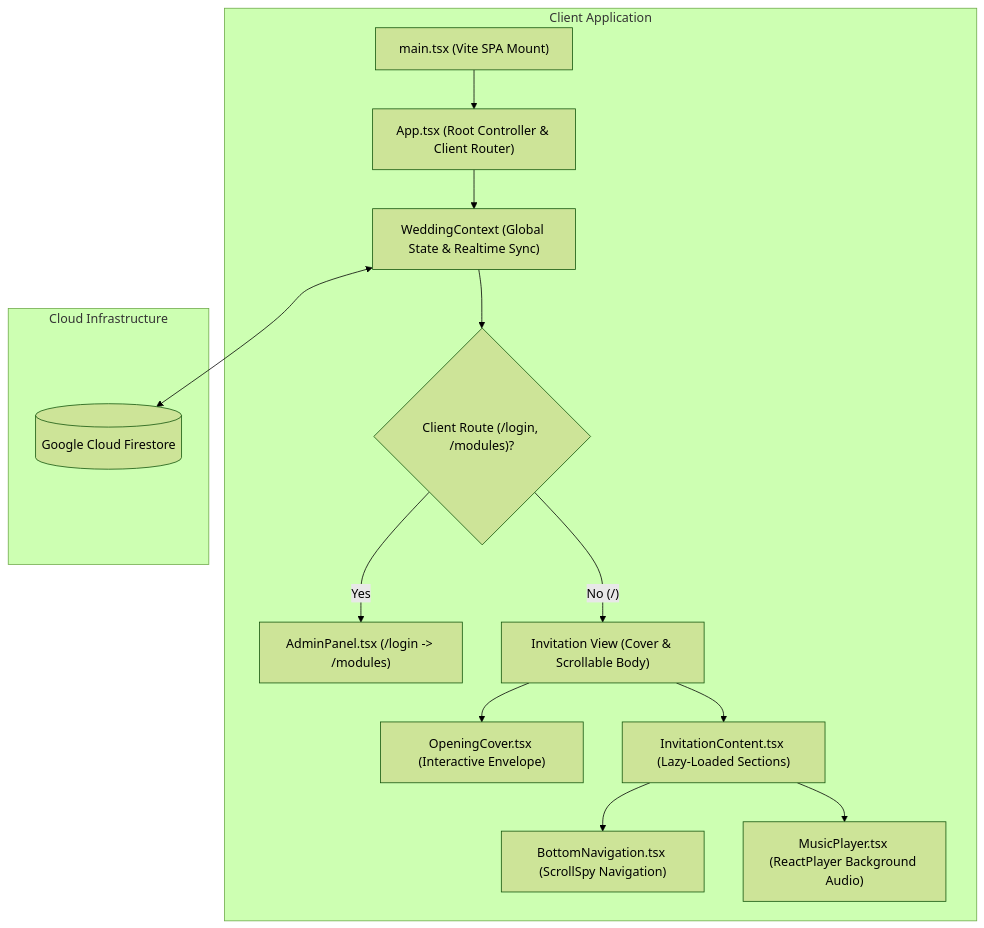
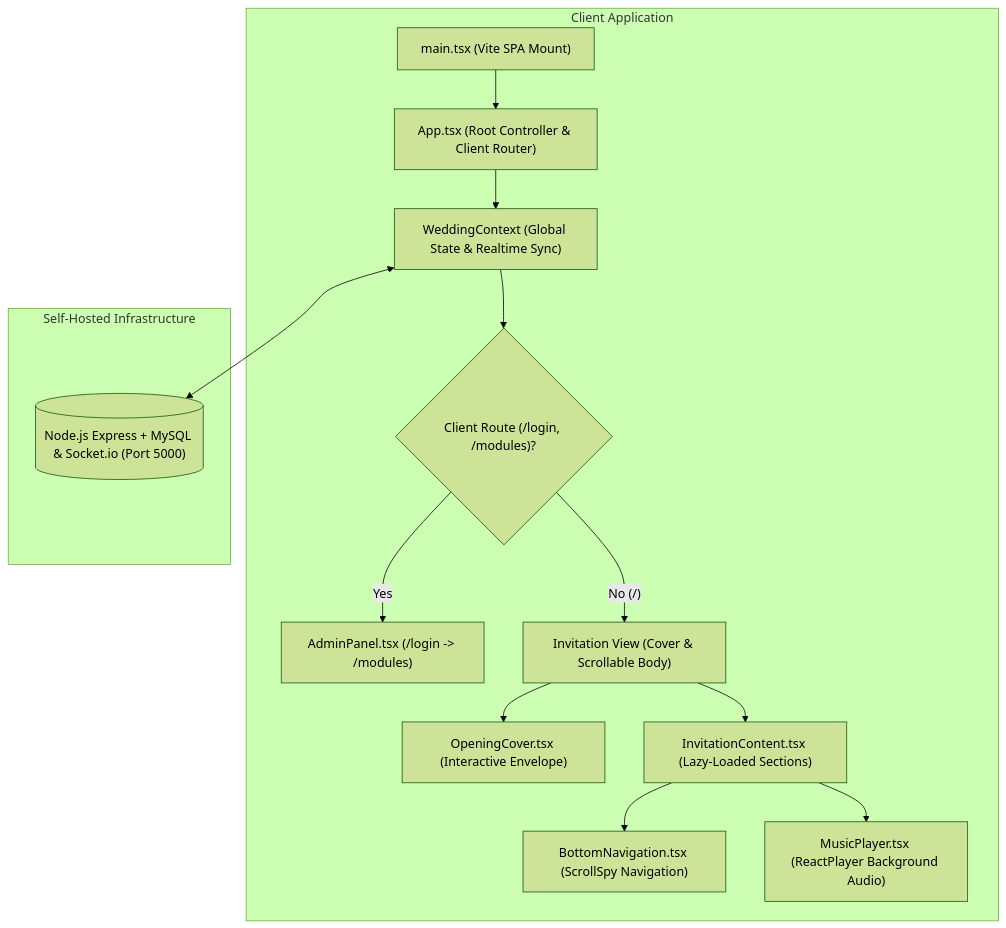
Before and after one commit to hndko/app_weddingbetawi_react: the first of 2 diagrams in docs/03-developer-guide.md, drawn with Mermaid (forest theme). The commit also changed other lines of this file and 2 other files, not shown here.

Commit message:
docs(suite): sync documentation suite with self-hosted mysql and photobooth v1.43.0

````diff
--- a/docs/03-developer-guide.md
+++ b/docs/03-developer-guide.md
@@ -11,17 +11,17 @@
 ```mermaid
 graph TD
     subgraph Client Application
         Entry["main.tsx (Vite SPA Mount)"] --> App["App.tsx (Root Controller & Client Router)"]
         App --> Context["WeddingContext (Global State & Realtime Sync)"]
         Context --> RouteGuard{"Client Route (/login, /modules)?"}
         RouteGuard -->|"Yes"| AdminPanel["AdminPanel.tsx (/login -> /modules)"]
         RouteGuard -->|"No (/)"| GuestView["Invitation View (Cover & Scrollable Body)"]
         GuestView --> Cover["OpeningCover.tsx (Interactive Envelope)"]
         GuestView --> Content["InvitationContent.tsx (Lazy-Loaded Sections)"]
         Content --> BottomNav["BottomNavigation.tsx (ScrollSpy Navigation)"]
         Content --> AudioEngine["MusicPlayer.tsx (ReactPlayer Background Audio)"]
     end
-    subgraph Cloud Infrastructure
-        Context <--> Firestore[("Google Cloud Firestore")]
+    subgraph Self-Hosted Infrastructure
+        Context <--> Backend[("Node.js Express + MySQL & Socket.io (Port 5000)")]
     end
 ```
````
